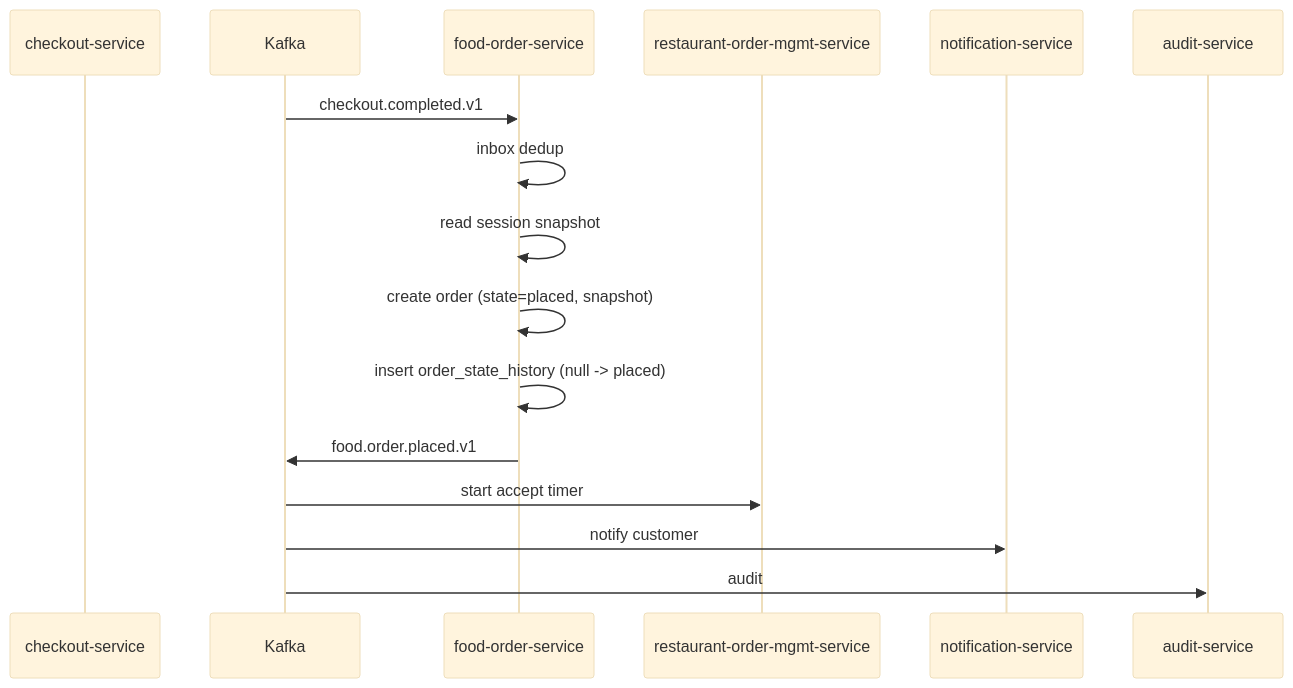
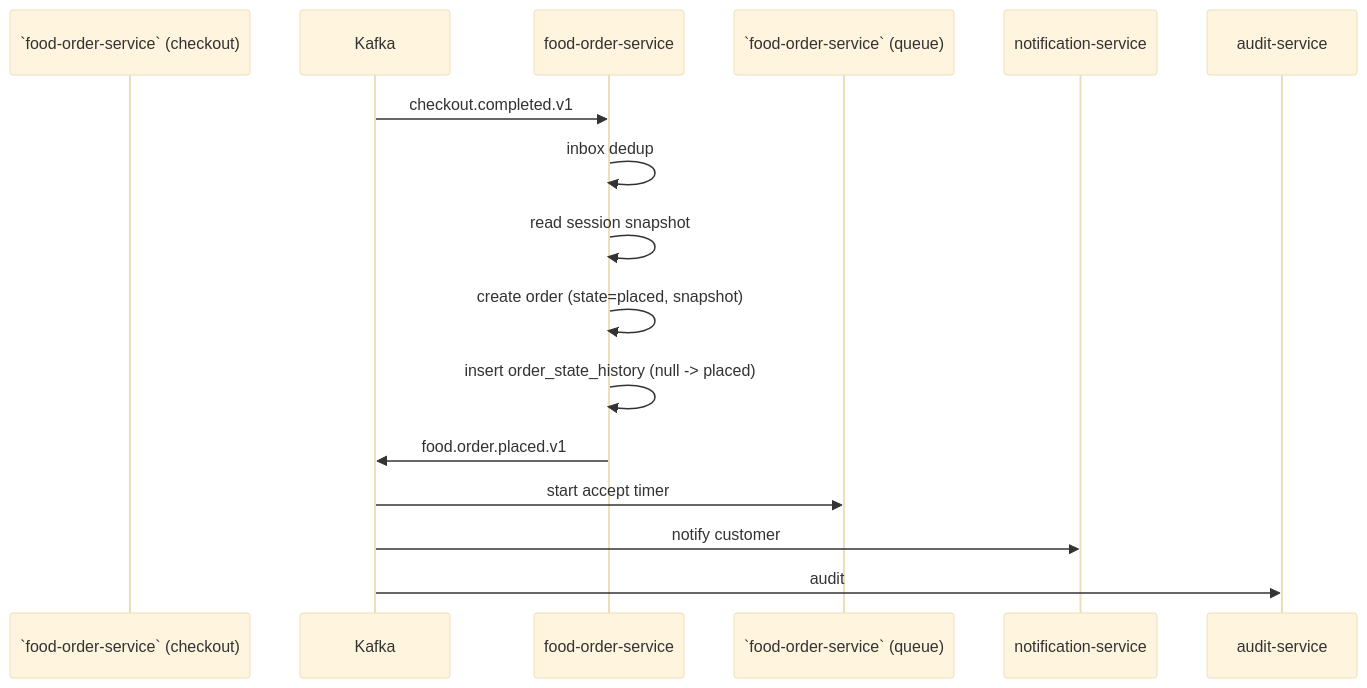
The first of 5 diagrams in docs/services/food-order-service/WORKFLOWS.md (mohamedhabibwork/trips-enjoy-docs), drawn with Mermaid (base theme) before and after one commit. The commit also changed other lines of this file and 525 other files, not shown here.

````diff
--- a/docs/services/food-order-service/WORKFLOWS.md
+++ b/docs/services/food-order-service/WORKFLOWS.md
@@ -31,19 +31,19 @@
 ```mermaid
 sequenceDiagram
-    participant CHK as checkout-service
+    participant CHK as `food-order-service` (checkout)
     participant K as Kafka
     participant FOR as food-order-service
-    participant ROM as restaurant-order-mgmt-service
+    participant ROM as `food-order-service` (queue)
     participant NOT as notification-service
     participant AUD as audit-service
 
     K->>FOR: checkout.completed.v1
     FOR->>FOR: inbox dedup
     FOR->>FOR: read session snapshot
     FOR->>FOR: create order (state=placed, snapshot)
     FOR->>FOR: insert order_state_history (null -> placed)
     FOR->>K: food.order.placed.v1
     K->>ROM: start accept timer
     K->>NOT: notify customer
     K->>AUD: audit
 ```
````
